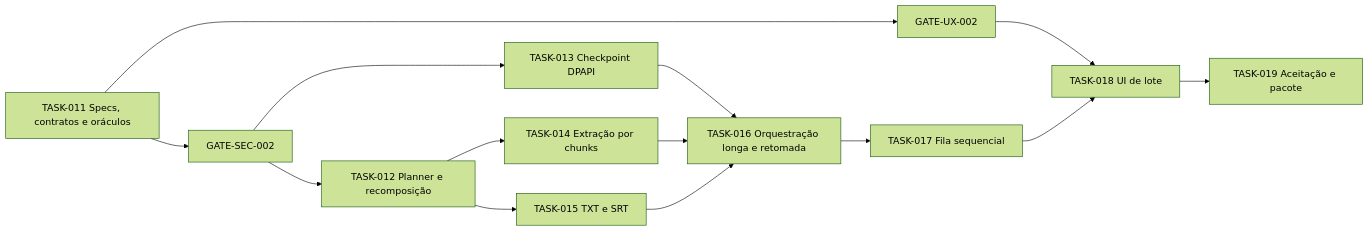
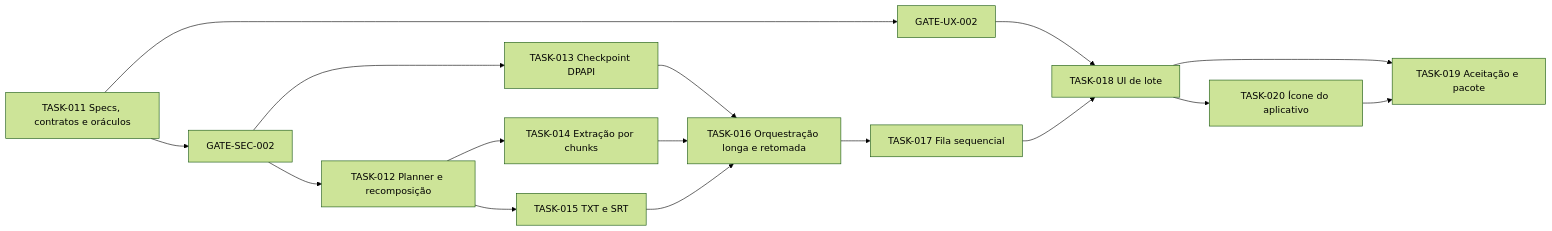
One commit to caleo-hub/caleo-transcriber changed the diagram in docs/plans/second-increment.md. Above: the diagram before and after it, drawn with Mermaid (forest theme). The commit also changed other lines of this file and 54 other files, not shown here.

First line of the commit message:
TASK-012-020: mídia longa, lote, ícone e beta 0.2.0 (#16)

````diff
--- a/docs/plans/second-increment.md
+++ b/docs/plans/second-increment.md
@@ -7,16 +7,18 @@
 ```mermaid
 flowchart LR
   T11["TASK-011 Specs, contratos e oráculos"] --> GS["GATE-SEC-002"]
   T11 --> GU["GATE-UX-002"]
   GS --> T12["TASK-012 Planner e recomposição"]
   GS --> T13["TASK-013 Checkpoint DPAPI"]
   T12 --> T14["TASK-014 Extração por chunks"]
   T12 --> T15["TASK-015 TXT e SRT"]
   T13 --> T16["TASK-016 Orquestração longa e retomada"]
   T14 --> T16
   T15 --> T16
   T16 --> T17["TASK-017 Fila sequencial"]
   GU --> T18["TASK-018 UI de lote"]
   T17 --> T18
   T18 --> T19["TASK-019 Aceitação e pacote"]
+  T18 --> T20["TASK-020 Ícone do aplicativo"]
+  T20 --> T19
 ```
````
